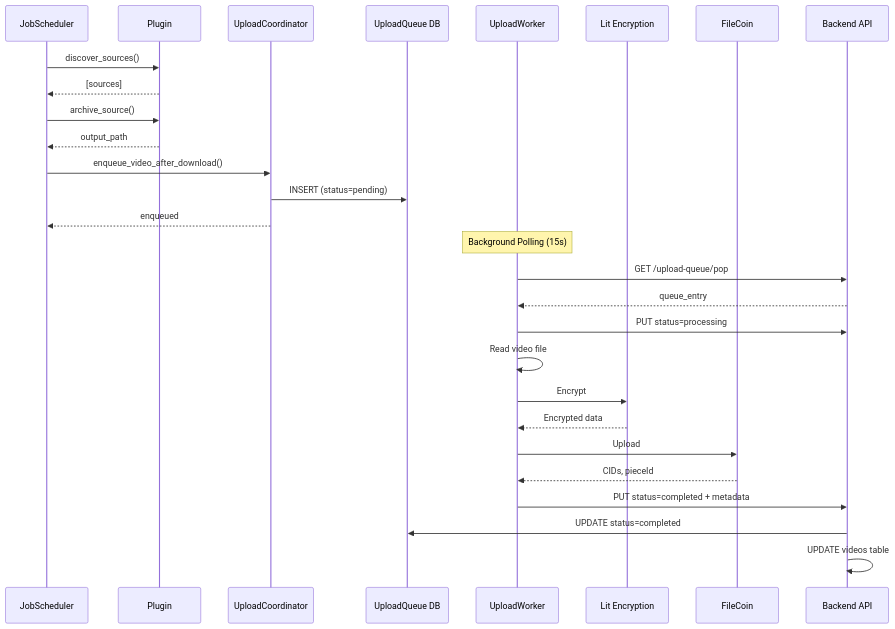
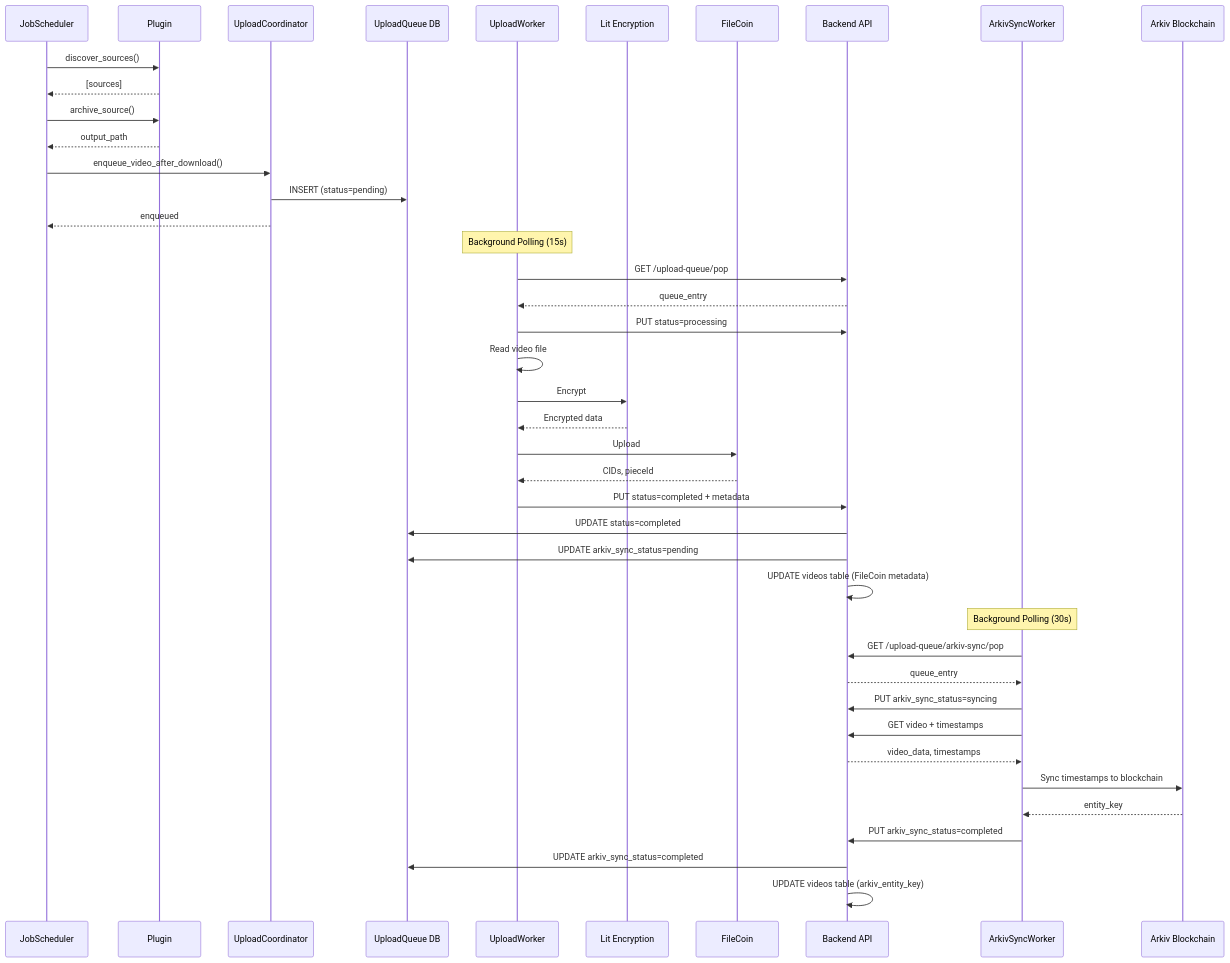
The diagram in docs/upload_coordinator.md (Haven-hvn/haven-player), drawn with Mermaid before and after one commit. The commit also changed other lines of this file and 10 other files, not shown here.

First line of the commit message:
Arkiv Sync Integration via Upload Queue Extension

````diff
--- a/docs/upload_coordinator.md
+++ b/docs/upload_coordinator.md
@@ -36,32 +43,47 @@
 ```mermaid
 sequenceDiagram
     participant JS as JobScheduler
     participant Plugin as Plugin
     participant UC as UploadCoordinator
     participant Queue as UploadQueue DB
     participant Worker as UploadWorker
     participant Lit as Lit Encryption
     participant FC as FileCoin
     participant BAPI as Backend API
+    participant ASW as ArkivSyncWorker
+    participant Arkiv as Arkiv Blockchain
 
     JS->>Plugin: discover_sources()
     Plugin-->>JS: [sources]
     JS->>Plugin: archive_source()
     Plugin-->>JS: output_path
     JS->>UC: enqueue_video_after_download()
     UC->>Queue: INSERT (status=pending)
     UC-->>JS: enqueued
 
     Note over Worker: Background Polling (15s)
     Worker->>BAPI: GET /upload-queue/pop
     BAPI-->>Worker: queue_entry
     Worker->>BAPI: PUT status=processing
     Worker->>Worker: Read video file
     Worker->>Lit: Encrypt
     Lit-->>Worker: Encrypted data
     Worker->>FC: Upload
     FC-->>Worker: CIDs, pieceId
     Worker->>BAPI: PUT status=completed + metadata
     BAPI->>Queue: UPDATE status=completed
-    BAPI->>BAPI: UPDATE videos table
+    BAPI->>Queue: UPDATE arkiv_sync_status=pending
+    BAPI->>BAPI: UPDATE videos table (FileCoin metadata)
+
+    Note over ASW: Background Polling (30s)
+    ASW->>BAPI: GET /upload-queue/arkiv-sync/pop
+    BAPI-->>ASW: queue_entry
+    ASW->>BAPI: PUT arkiv_sync_status=syncing
+    ASW->>BAPI: GET video + timestamps
+    BAPI-->>ASW: video_data, timestamps
+    ASW->>Arkiv: Sync timestamps to blockchain
+    Arkiv-->>ASW: entity_key
+    ASW->>BAPI: PUT arkiv_sync_status=completed
+    BAPI->>Queue: UPDATE arkiv_sync_status=completed
+    BAPI->>BAPI: UPDATE videos table (arkiv_entity_key)
 ```
````
